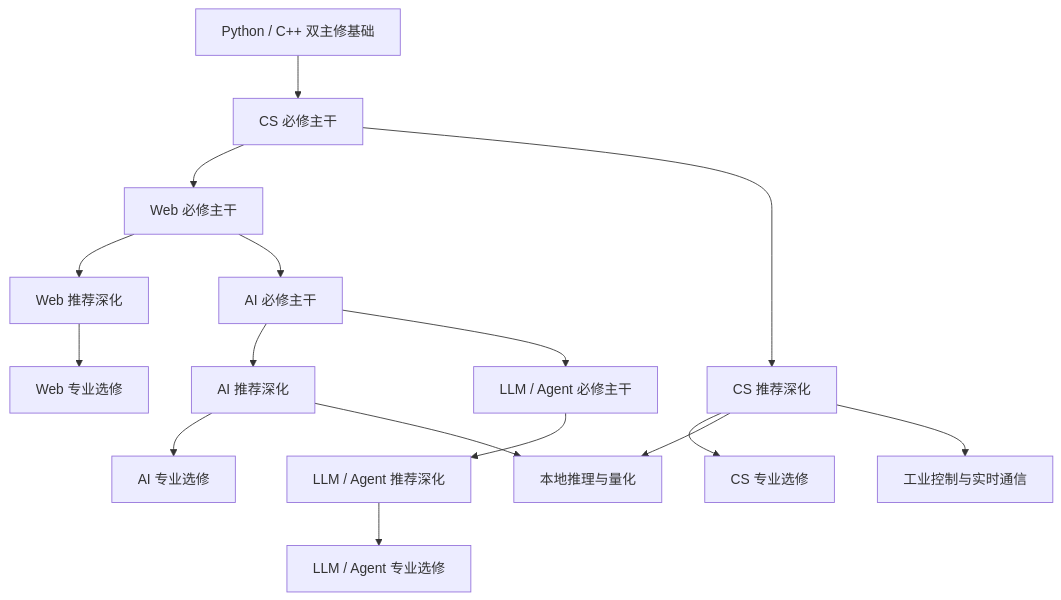
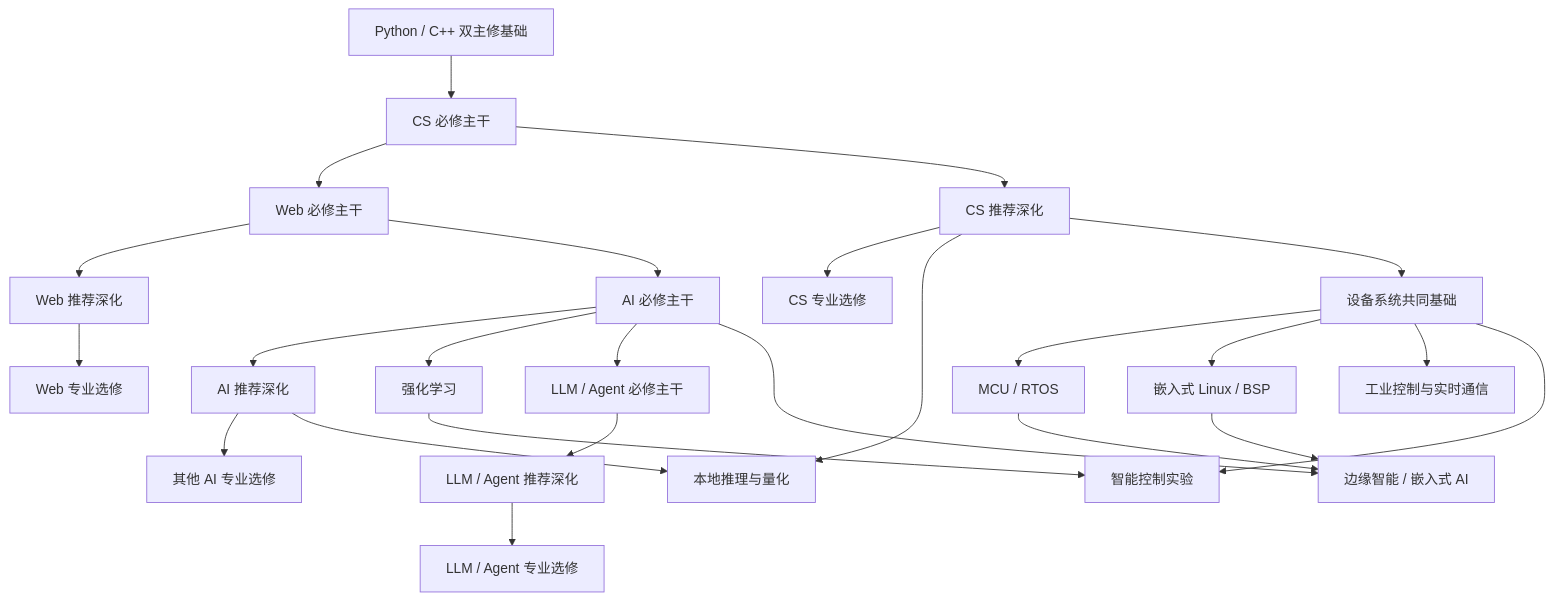
The diagram in learning-paths/curriculum-map.md (cafelemon/become_engineer), drawn with Mermaid before and after one commit. The commit also changed other lines of this file and 54 other files, not shown here.

Commit message:
Tighten course authoring and roadmap for device and recruiting updates

````diff
--- a/learning-paths/curriculum-map.md
+++ b/learning-paths/curriculum-map.md
@@ -127,18 +130,27 @@
 ```mermaid
 flowchart TD
     LANG["Python / C++ 双主修基础"] --> CS0["CS 必修主干"]
     CS0 --> WEB0["Web 必修主干"]
     CS0 --> CSD["CS 推荐深化"]
     WEB0 --> WEBD["Web 推荐深化"]
     WEB0 --> AI0["AI 必修主干"]
     CSD --> CSS["CS 专业选修"]
     WEBD --> WEBS["Web 专业选修"]
     AI0 --> AID["AI 推荐深化"]
-    AID --> AIS["AI 专业选修"]
+    AI0 --> RL["强化学习"]
+    AID --> AIS["其他 AI 专业选修"]
     AI0 --> LLM0["LLM / Agent 必修主干"]
     LLM0 --> LLMD["LLM / Agent 推荐深化"]
     LLMD --> LLMS["LLM / Agent 专业选修"]
     CSD --> LOCAL["本地推理与量化"]
     AID --> LOCAL
-    CSD --> INDUSTRY["工业控制与实时通信"]
+    CSD --> DEVICE["设备系统共同基础"]
+    DEVICE --> MCU["MCU / RTOS"]
+    DEVICE --> ELINUX["嵌入式 Linux / BSP"]
+    DEVICE --> INDUSTRY["工业控制与实时通信"]
+    AI0 --> EDGE["边缘智能 / 嵌入式 AI"]
+    MCU --> EDGE
+    ELINUX --> EDGE
+    RL --> CONTROL["智能控制实验"]
+    DEVICE --> CONTROL
 ```
````
